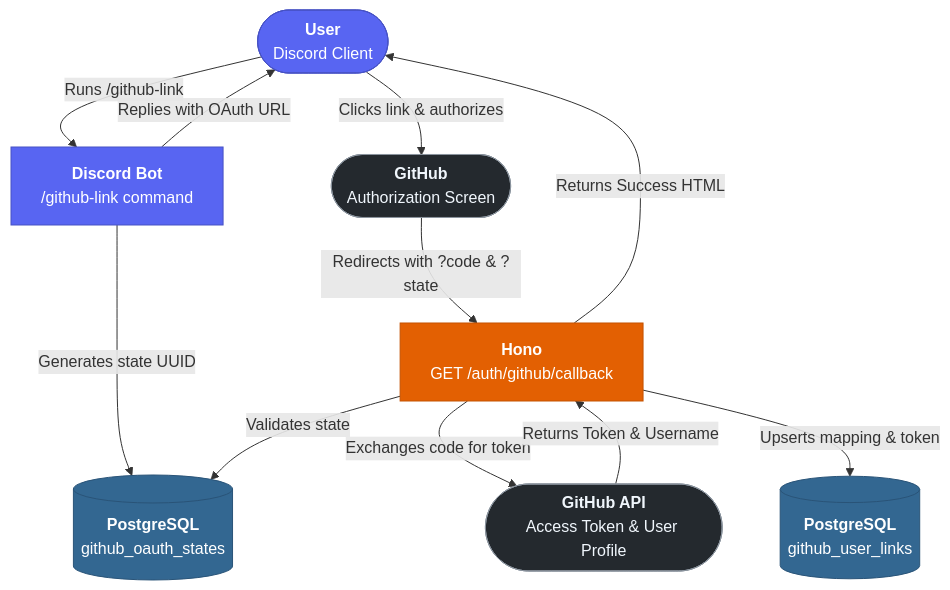
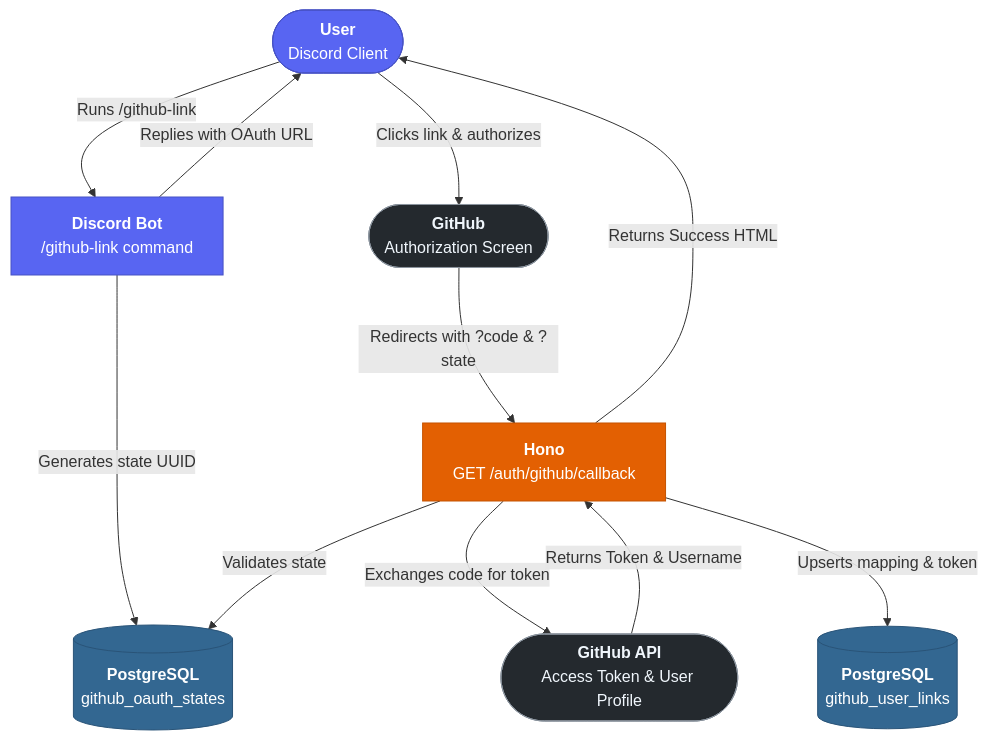
The first of 2 diagrams in ARCHITECTURE.md (AdityaKr015/NXTGEN), drawn with Mermaid before and after one commit. The commit also changed other lines of this file and 9 other files, not shown here.

````diff
--- a/ARCHITECTURE.md
+++ b/ARCHITECTURE.md
@@ -7,29 +7,37 @@
 ```mermaid
+---
+config:
+  flowchart:
+    nodeSpacing: 80
+    rankSpacing: 100
+    curve: basis
+---
+
 flowchart TD
     USER(["<b>User</b><br/>Discord Client"])
     BOT["<b>Discord Bot</b><br/>/github-link command"]
     DB[("<b>PostgreSQL</b><br/>github_oauth_states")]
     GH_AUTH(["<b>GitHub</b><br/>Authorization Screen"])
     HONO["<b>Hono</b><br/>GET /auth/github/callback"]
     GH_API(["<b>GitHub API</b><br/>Access Token & User Profile"])
     DB_LINKS[("<b>PostgreSQL</b><br/>github_user_links")]
 
     USER -- "Runs /github-link" --> BOT
     BOT -- "Generates state UUID" --> DB
     BOT -- "Replies with OAuth URL" --> USER
     USER -- "Clicks link & authorizes" --> GH_AUTH
     GH_AUTH -- "Redirects with ?code & ?state" --> HONO
     HONO -- "Validates state" --> DB
     HONO -- "Exchanges code for token" --> GH_API
     GH_API -- "Returns Token & Username" --> HONO
     HONO -- "Upserts mapping & token" --> DB_LINKS
     HONO -- "Returns Success HTML" --> USER
 
     style USER fill:#5865f2,stroke:#4752c4,color:#fff
     style BOT fill:#5865f2,stroke:#4752c4,color:#fff
     style DB fill:#336791,stroke:#2a5478,color:#fff
     style GH_AUTH fill:#24292e,stroke:#8b949e,color:#f0f6fc
     style HONO fill:#e36002,stroke:#c45200,color:#fff
     style GH_API fill:#24292e,stroke:#8b949e,color:#f0f6fc
     style DB_LINKS fill:#336791,stroke:#2a5478,color:#fff
 ```
````
